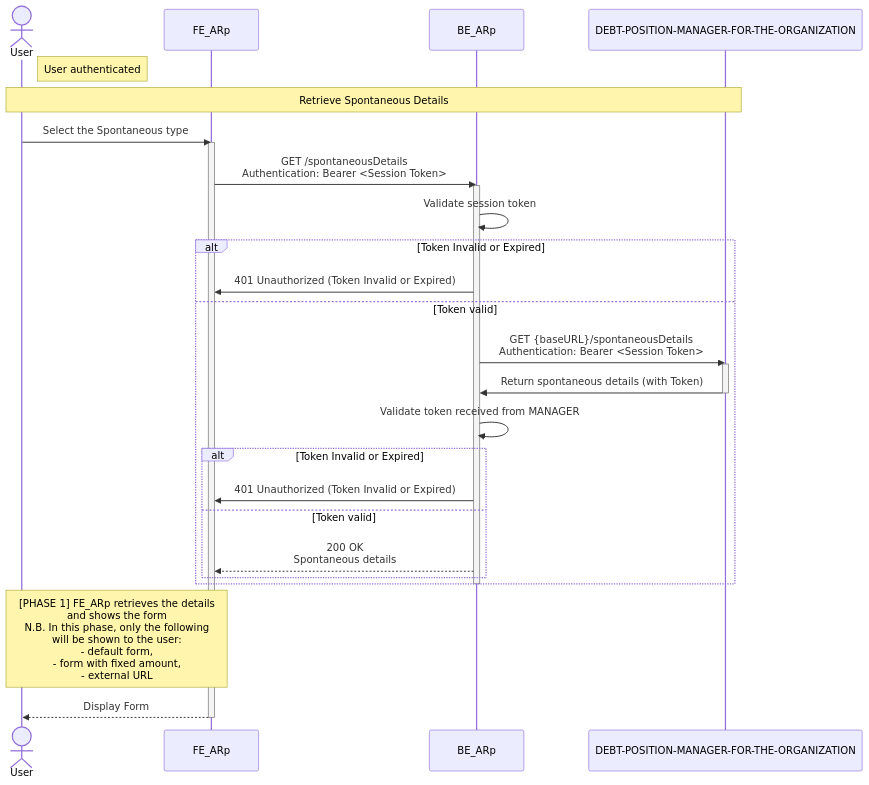
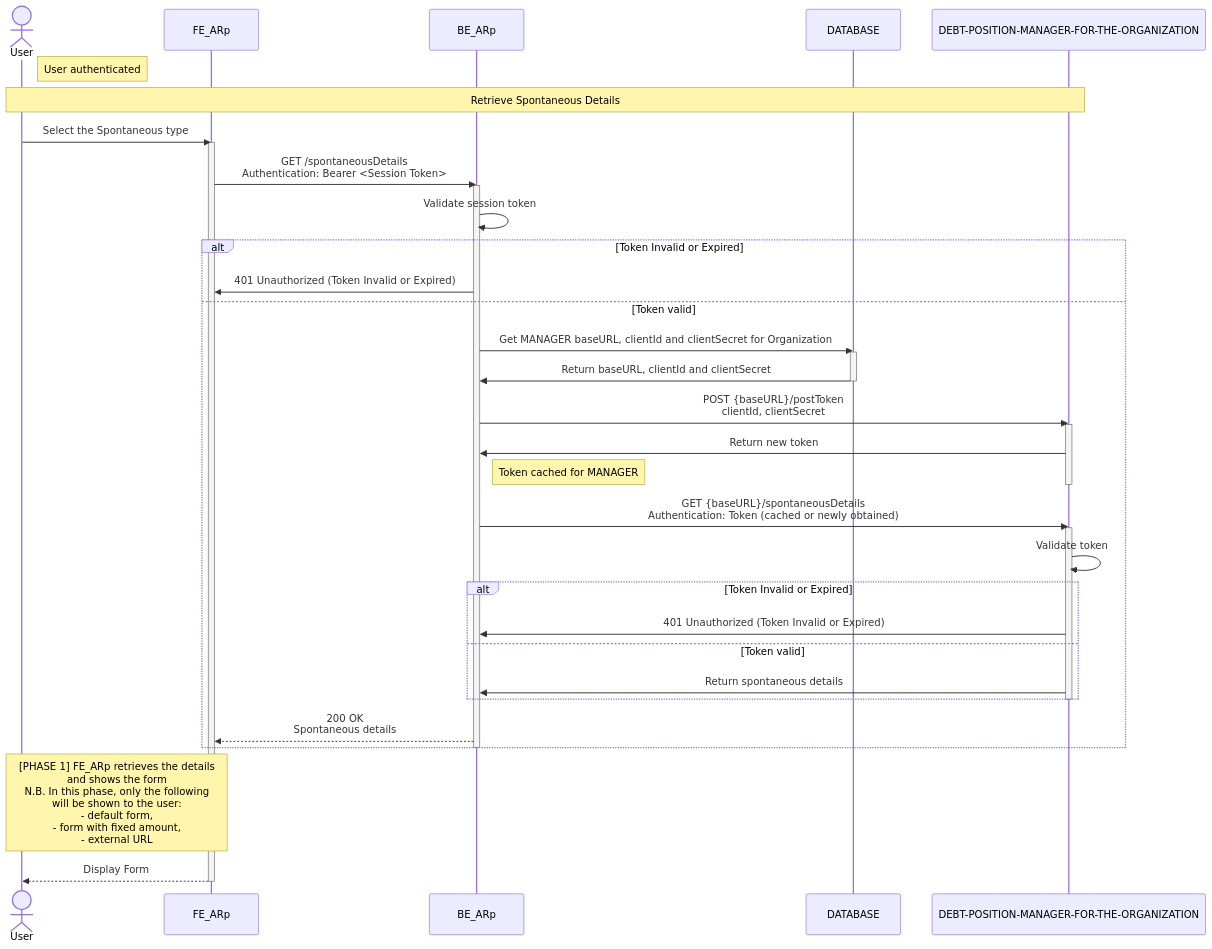
The diagram in design/arc/spontaneous/sequence_diagram_retrieve_spontaneous_details.mmd (pagopa/arc-doc), drawn with Mermaid before and after one commit. The commit also changed 3 other files, not shown here.

Commit message:
P4PU-820 updated sequence diagram

```diff
--- a/design/arc/spontaneous/sequence_diagram_retrieve_spontaneous_details.mmd
+++ b/design/arc/spontaneous/sequence_diagram_retrieve_spontaneous_details.mmd
@@ -1,32 +1,51 @@
 sequenceDiagram
-    actor User
-    participant FE_ARp
-    participant BE_ARp
-    participant MANAGER as DEBT-POSITION-MANAGER-FOR-THE-ORGANIZATION
 
-    note right of User: User authenticated
-    note over User, MANAGER : Retrieve Spontaneous Details
-    User ->> FE_ARp : Select the Spontaneous type
-    activate FE_ARp
-        FE_ARp ->> BE_ARp : GET /spontaneousDetails <br> Authentication: Bearer <Session Token>
-        activate BE_ARp
-            BE_ARp ->> BE_ARp : Validate session token
-            alt Token Invalid or Expired
-                BE_ARp ->> FE_ARp : 401 Unauthorized (Token Invalid or Expired)
-            else Token valid
-                BE_ARp ->> MANAGER : GET {baseURL}/spontaneousDetails <br> Authentication: Bearer <Session Token>
-                activate MANAGER
-                    MANAGER ->> BE_ARp : Return spontaneous details (with Token)
-                deactivate MANAGER
+actor User
+participant FE_ARp
+participant BE_ARp
+participant DB as DATABASE
+participant MANAGER as DEBT-POSITION-MANAGER-FOR-THE-ORGANIZATION
 
-                BE_ARp ->> BE_ARp : Validate token received from MANAGER
+note right of User: User authenticated
+note over User, MANAGER : Retrieve Spontaneous Details
+
+User ->> FE_ARp : Select the Spontaneous type
+activate FE_ARp
+    FE_ARp ->> BE_ARp : GET /spontaneousDetails <br> Authentication: Bearer <Session Token>
+    activate BE_ARp
+        BE_ARp ->> BE_ARp : Validate session token
+
+        alt Token Invalid or Expired
+            BE_ARp ->> FE_ARp : 401 Unauthorized (Token Invalid or Expired)
+        else Token valid
+            BE_ARp ->> DB : Get MANAGER baseURL, clientId and clientSecret for Organization
+
+            activate DB
+                DB ->> BE_ARp : Return baseURL, clientId and clientSecret
+            deactivate DB
+
+            BE_ARp ->> MANAGER : POST {baseURL}/postToken <br> clientId, clientSecret
+            activate MANAGER
+                MANAGER ->> BE_ARp : Return new token
+                note right of BE_ARp : Token cached for MANAGER
+            deactivate MANAGER
+
+            BE_ARp ->> MANAGER : GET {baseURL}/spontaneousDetails <br> Authentication: Token (cached or newly obtained)
+
+            activate MANAGER
+                MANAGER ->> MANAGER: Validate token
                 alt Token Invalid or Expired
-                    BE_ARp ->> FE_ARp : 401 Unauthorized (Token Invalid or Expired)
+                    MANAGER ->> BE_ARp : 401 Unauthorized (Token Invalid or Expired)
                 else Token valid
-                    BE_ARp -->> FE_ARp : 200 OK <br> Spontaneous details
+                    MANAGER ->> BE_ARp : Return spontaneous details
                 end
-            end
-        deactivate BE_ARp
-        note over User,FE_ARp : [PHASE 1] FE_ARp retrieves the details <br> and shows the form <br> N.B. In this phase, only the following <br> will be shown to the user: <br> - default form, <br> - form with fixed amount, <br> - external URL
-        FE_ARp -->> User: Display Form
-    deactivate FE_ARp
+            deactivate MANAGER
+
+            BE_ARp -->> FE_ARp : 200 OK <br> Spontaneous details
+        end
+    deactivate BE_ARp
+
+    note over User,FE_ARp : [PHASE 1] FE_ARp retrieves the details <br> and shows the form <br> N.B. In this phase, only the following <br> will be shown to the user: <br> - default form, <br> - form with fixed amount, <br> - external URL
+
+    FE_ARp -->> User: Display Form
+deactivate FE_ARp
```
